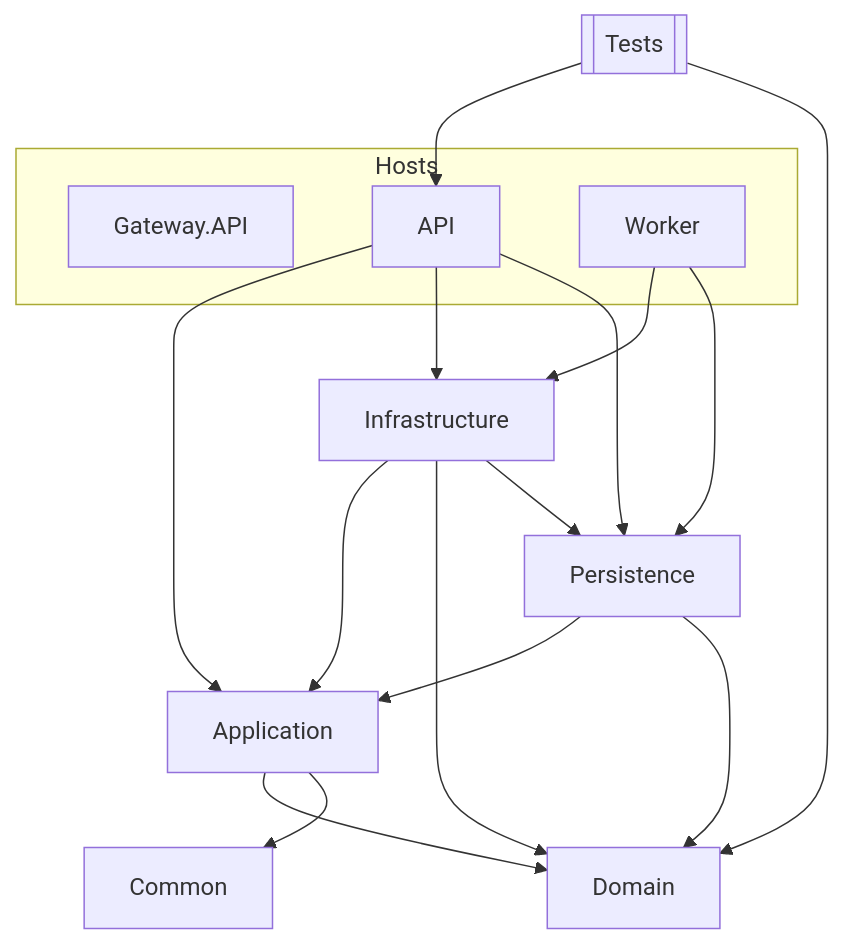
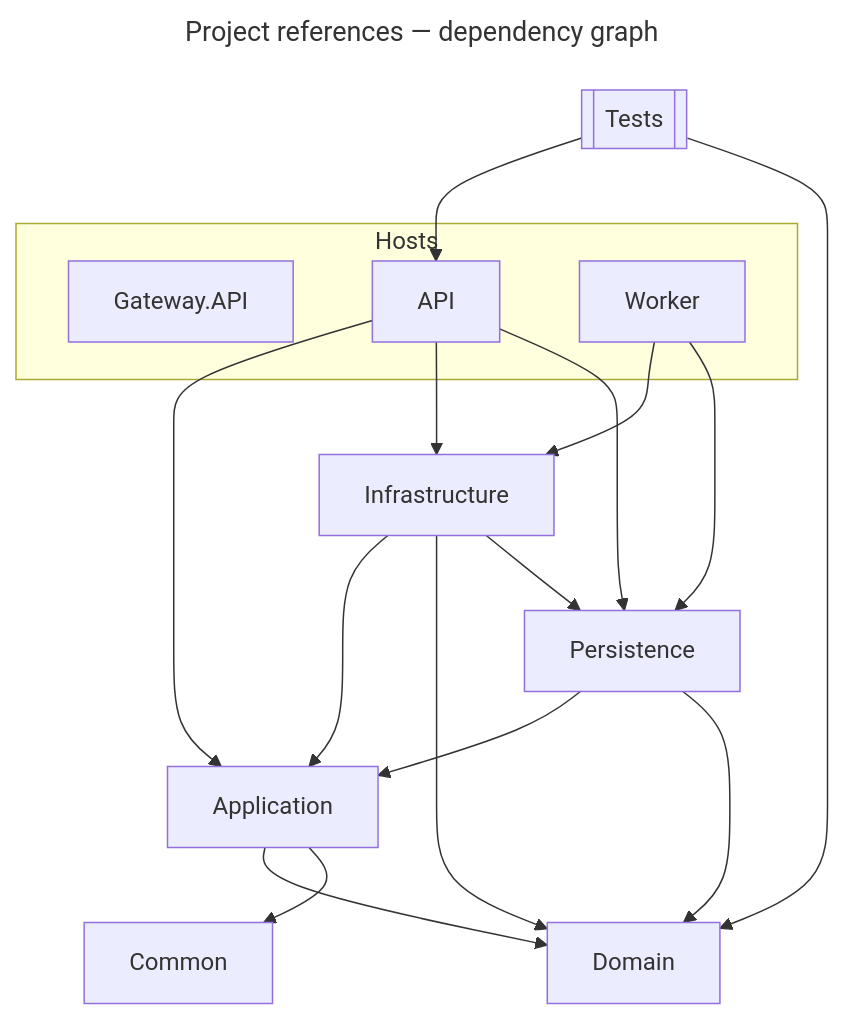
The second of 6 diagrams in docs/dependencies.md (gmetskhvarishvili/GM.FileStorage.Samples), drawn with Mermaid before and after one commit. The commit also changed other lines of this file and 7 other files, not shown here.

First line of the commit message:
docs: name every diagram "subject — kind" and index them

````diff
--- a/docs/dependencies.md
+++ b/docs/dependencies.md
@@ -41,29 +47,32 @@
 ```mermaid
+---
+title: Project references — dependency graph
+---
 flowchart TB
     subgraph hosts[Hosts]
         gw[Gateway.API]
         api[API]
         worker[Worker]
     end
     infra[Infrastructure]
     pers[Persistence]
     app[Application]
     domain[Domain]
     common[Common]
     tests[[Tests]]
 
     api --> app
     api --> infra
     api --> pers
     worker --> infra
     worker --> pers
     infra --> app
     infra --> domain
     infra --> pers
     pers --> app
     pers --> domain
     app --> domain
     app --> common
     tests --> api
     tests --> domain
 ```
````
